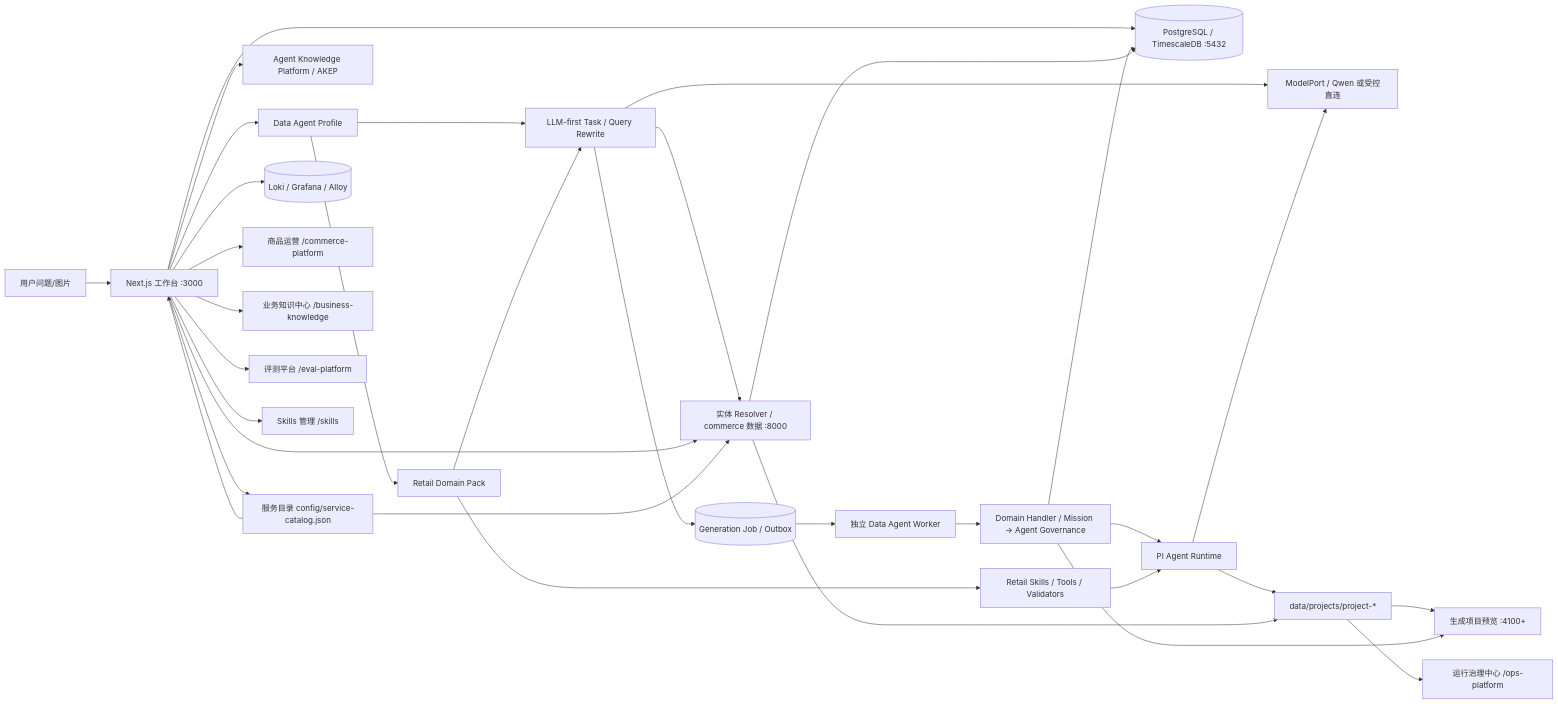
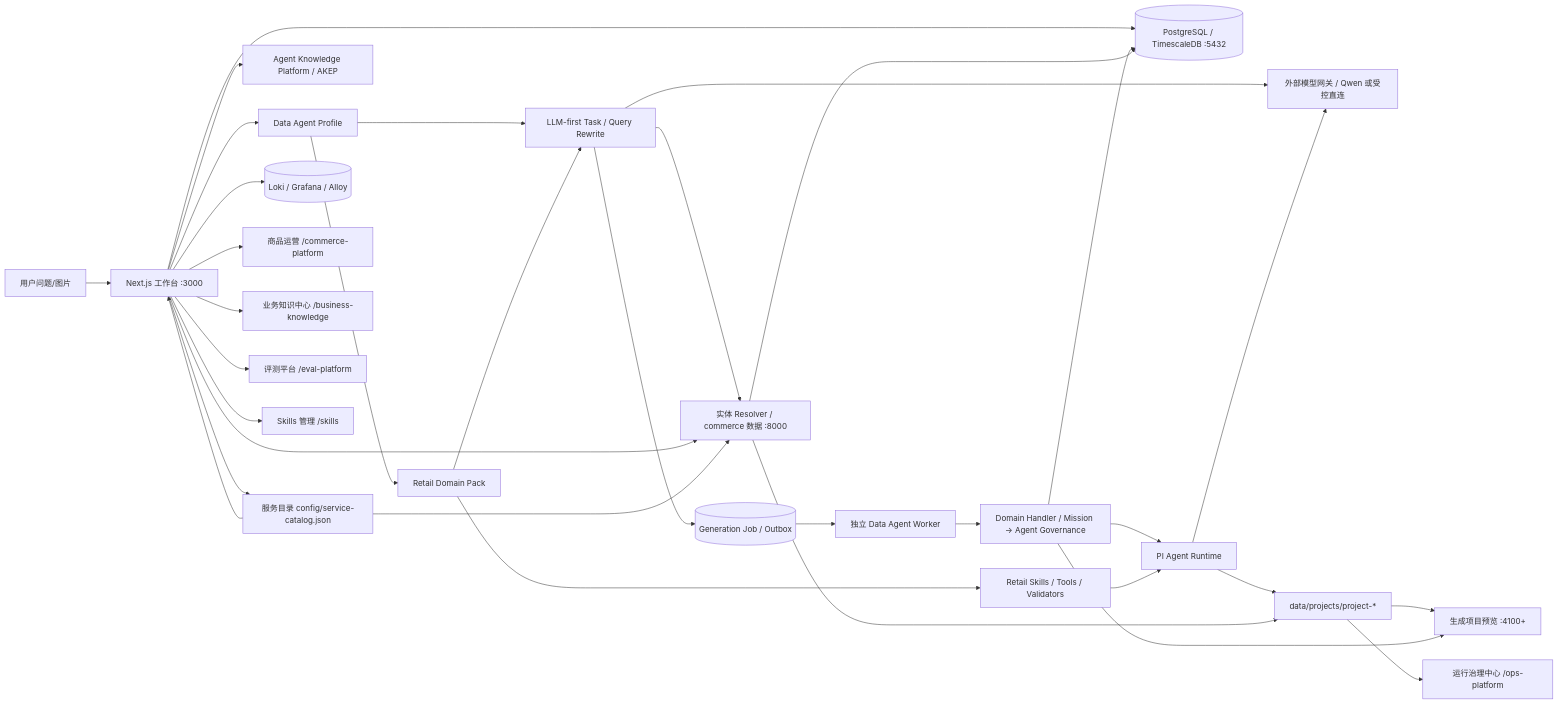
One commit to betterkite/shop-gate changed the diagram in docs/architecture.md. Above: the diagram before and after it, drawn with Mermaid. The commit also changed other lines of this file and 39 other files, not shown here.

````diff
--- a/docs/architecture.md
+++ b/docs/architecture.md
@@ -5,35 +5,35 @@
 ```mermaid
 flowchart LR
   U[用户问题/图片] --> W[Next.js 工作台 :3000]
   W --> D[Data Agent Profile]
   D --> Q[LLM-first Task / Query Rewrite]
   D --> F[Retail Domain Pack]
   F --> Q
-  Q --> MP[ModelPort / Qwen 或受控直连]
+  Q --> MP[外部模型网关 / Qwen 或受控直连]
   Q --> M[实体 Resolver / commerce 数据 :8000]
   Q --> J[(Generation Job / Outbox)]
   J --> WK[独立 Data Agent Worker]
   WK --> G[Domain Handler / Mission -> Agent Governance]
   W --> DB[(PostgreSQL / TimescaleDB :5432)]
   G --> R[PI Agent Runtime]
   G --> DB
   F --> S[Retail Skills / Tools / Validators]
   S --> R
   W --> K[Agent Knowledge Platform / AKEP]
   R --> MP
   W --> M
   W --> SC[服务目录 config/service-catalog.json]
   SC --> W
   SC --> M
   M --> DB
   W --> L[(Loki / Grafana / Alloy)]
   R --> P[data/projects/project-*]
   M --> P
   P --> V[生成项目预览 :4100+]
   G --> V
   P --> H[运行治理中心 /ops-platform]
   W --> T[商品运营 /commerce-platform]
   W --> C[业务知识中心 /business-knowledge]
   W --> E[评测平台 /eval-platform]
   W --> A[Skills 管理 /skills]
 ```
````
